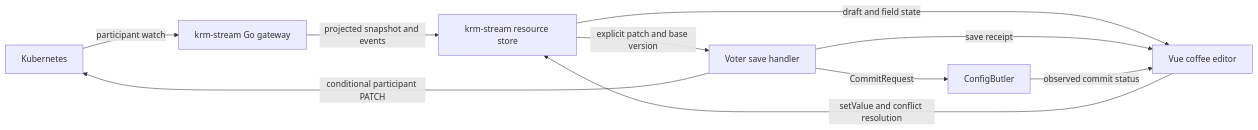
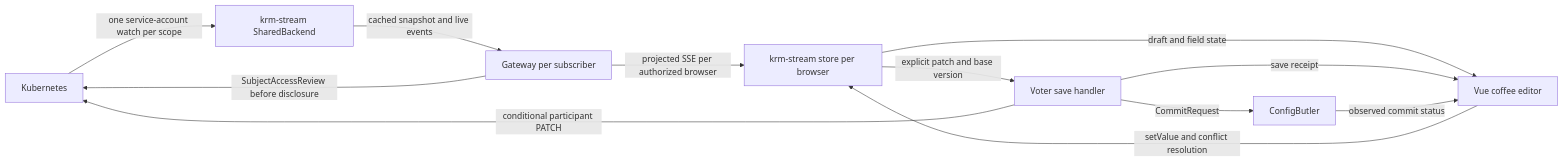
One commit to sunib/voter changed the second of 2 diagrams in ARCHITECTURE.md. Above: the diagram before and after it, drawn with Mermaid. The commit also changed other lines of this file and 8 other files, not shown here.

````diff
--- a/ARCHITECTURE.md
+++ b/ARCHITECTURE.md
@@ -123,12 +146,14 @@
 ```mermaid
 flowchart LR
-    K[Kubernetes] -->|participant watch| G[krm-stream Go gateway]
-    G -->|projected snapshot and events| S[krm-stream resource store]
+    K[Kubernetes] -->|one service-account watch per scope| B[krm-stream SharedBackend]
+    B -->|cached snapshot and live events| G[Gateway per subscriber]
+    G -->|SubjectAccessReview before disclosure| K
+    G -->|projected SSE per authorized browser| S[krm-stream store per browser]
     S -->|draft and field state| U[Vue coffee editor]
     U -->|setValue and conflict resolution| S
     S -->|explicit patch and base version| H[Voter save handler]
     H -->|conditional participant PATCH| K
     H -->|save receipt| U
     H -->|CommitRequest| C[ConfigButler]
     C -->|observed commit status| U
 ```
````
